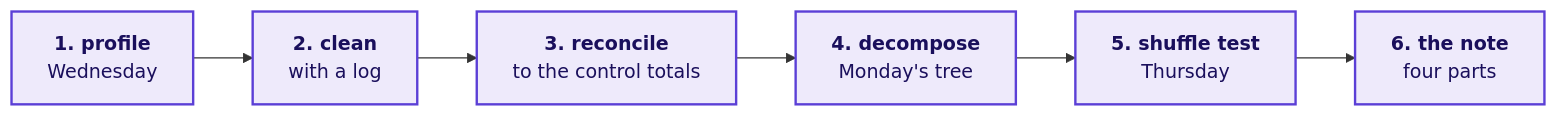
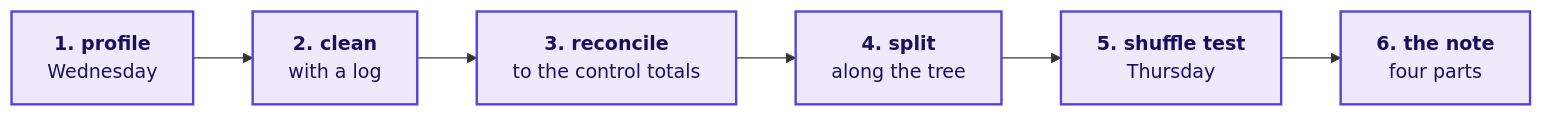
The second of 4 diagrams in content/W01/D5/slides/C2_W01_D05_lab_STUDENT.md (fde-academy-lab/c2-content-factory), drawn with Mermaid before and after one commit. The commit also changed other lines of this file and 17 other files, not shown here.

````diff
--- a/content/W01/D5/slides/C2_W01_D05_lab_STUDENT.md
+++ b/content/W01/D5/slides/C2_W01_D05_lab_STUDENT.md
@@ -91,10 +122,10 @@
 ```mermaid
 flowchart LR
     P["<b>1. profile</b><br/>Wednesday"] --> C["<b>2. clean</b><br/>with a log"]
     C --> R["<b>3. reconcile</b><br/>to the control totals"]
-    R --> D["<b>4. decompose</b><br/>Monday's tree"]
+    R --> D["<b>4. split</b><br/>along the tree"]
     D --> T["<b>5. shuffle test</b><br/>Thursday"]
     T --> N["<b>6. the note</b><br/>four parts"]
     classDef known fill:#EEEAFB,stroke:#5B3FD6,color:#1A0F5C,stroke-width:2px
     class P,C,R,D,T,N known
 ```
````
